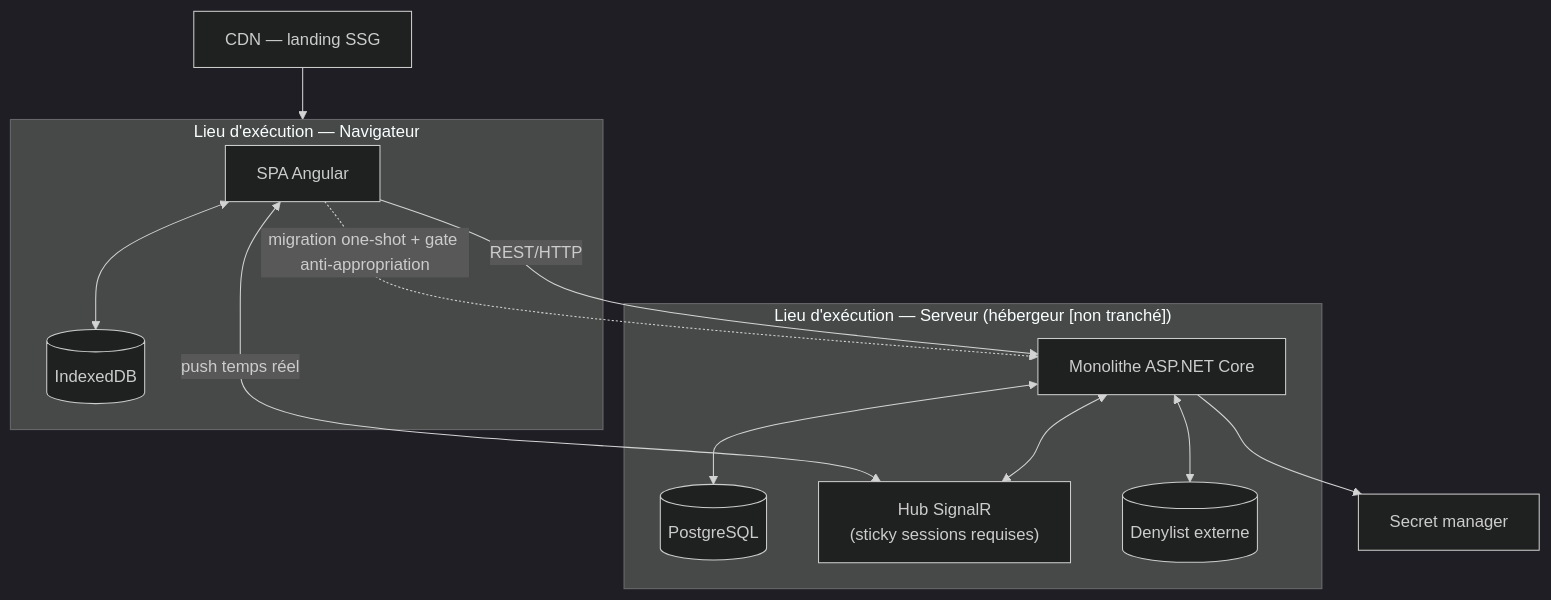
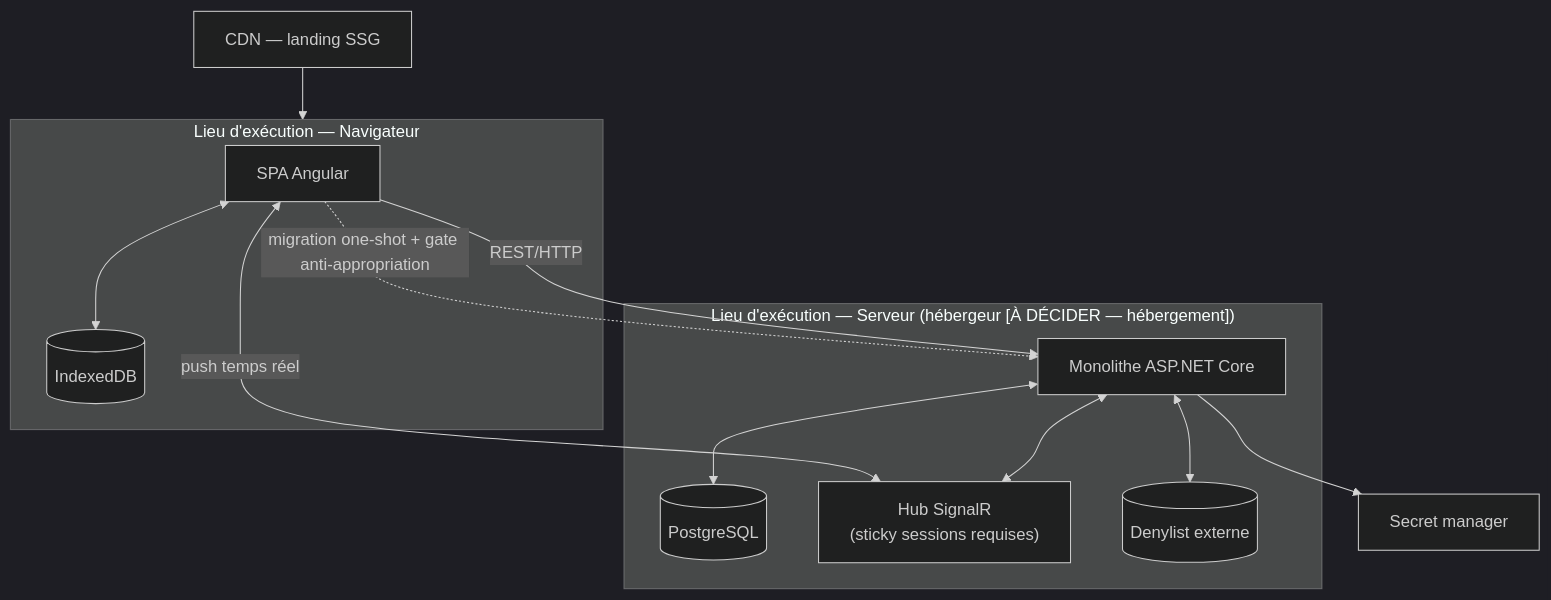
One commit to 2025-10-CDA-ECO-P6/PM-micro-saas changed the fourth of 4 diagrams in docs/reference/dossier-architecture.md. Above: the diagram before and after it, drawn with Mermaid (dark theme). The commit also changed other lines of this file and 1 other file, not shown here.

First line of the commit message:
docs(documentation-lisible): corrige le fond du dossier d'architecture

````diff
--- a/docs/reference/dossier-architecture.md
+++ b/docs/reference/dossier-architecture.md
@@ -236,28 +254,28 @@
 ```mermaid
 graph TD
     subgraph Navigateur["Lieu d'exécution — Navigateur"]
         SPA["SPA Angular"]
         IDB[("IndexedDB")]
         SPA <--> IDB
     end
 
     CDN["CDN — landing SSG"]
 
-    subgraph Serveur["Lieu d'exécution — Serveur (hébergeur [non tranché])"]
+    subgraph Serveur["Lieu d'exécution — Serveur (hébergeur [À DÉCIDER — hébergement])"]
         MONO["Monolithe ASP.NET Core"]
         PG[("PostgreSQL")]
         HUB["Hub SignalR<br/>(sticky sessions requises)"]
         DENY[("Denylist externe")]
         MONO <--> PG
         MONO <--> HUB
         MONO <--> DENY
     end
 
     SECRETS["Secret manager"]
 
     SPA -->|"REST/HTTP"| MONO
     SPA <-->|"push temps réel"| HUB
     SPA -.->|"migration one-shot + gate anti-appropriation"| MONO
     MONO --> SECRETS
     CDN --> Navigateur
 ```
````
